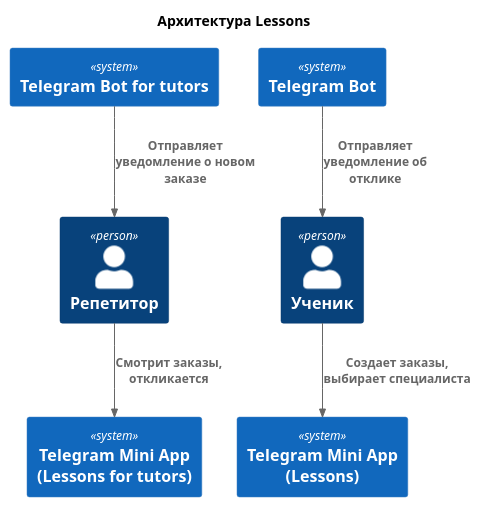
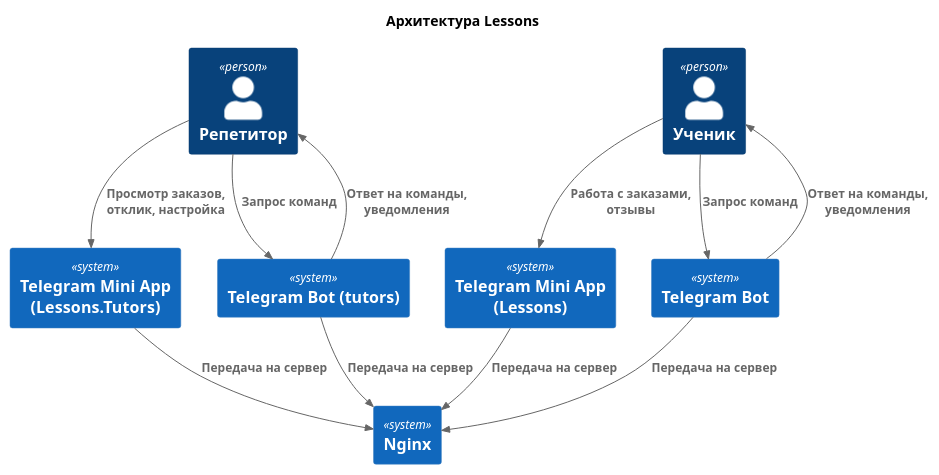
Before and after one commit to randnull/Lessons: the diagram in docs/services_c4_diagram/c4-context.puml, drawn with PlantUML. The commit also changed 22 other files, not shown here.

```diff
--- a/docs/services_c4_diagram/c4-context.puml
+++ b/docs/services_c4_diagram/c4-context.puml
@@ -1,21 +1,30 @@
 @startuml C4_context
 !include https://raw.githubusercontent.com/plantuml-stdlib/C4-PlantUML/master/C4_Container.puml
 
 title Архитектура Lessons
 
 ' Пользователи
 Person(Tutor, "Репетитор")
 Person(Student, "Ученик")
 
 'Интерфейс
-System(tutor_app, "Telegram Mini App (Lessons for tutors)")
+System(tutor_app, "Telegram Mini App (Lessons.Tutors)")
 System(lessons_app, "Telegram Mini App (Lessons)")
 System(lessons_bot, "Telegram Bot")
-System(tutors_bot, "Telegram Bot for tutors")
+System(tutors_bot, "Telegram Bot (tutors)")
+System(Nginx, "Nginx")
 
 ' Связи
-Rel(Tutor, tutor_app, "Смотрит заказы, откликается")
-Rel(tutors_bot, Tutor, "Отправляет уведомление о новом заказе")
-Rel(lessons_bot, Student, "Отправляет уведомление об отклике")
-Rel(Student, lessons_app, "Создает заказы, выбирает специалиста")
+Rel(Tutor, tutor_app, "Просмотр заказов, отклик, настройка")
+Rel(Tutor, tutors_bot, "Запрос команд")
+Rel(tutors_bot, Tutor, "Ответ на команды, уведомления")
+Rel(tutors_bot, Nginx, "Передача на сервер")
+Rel(tutor_app, Nginx, "Передача на сервер")
+
+
+Rel(Student, lessons_app, "Работа с заказами, отзывы")
+Rel(Student, lessons_bot, "Запрос команд")
+Rel(lessons_bot, Student, "Ответ на команды, уведомления")
+Rel(lessons_bot, Nginx, "Передача на сервер")
+Rel(lessons_app, Nginx, "Передача на сервер")
 @enduml
```
